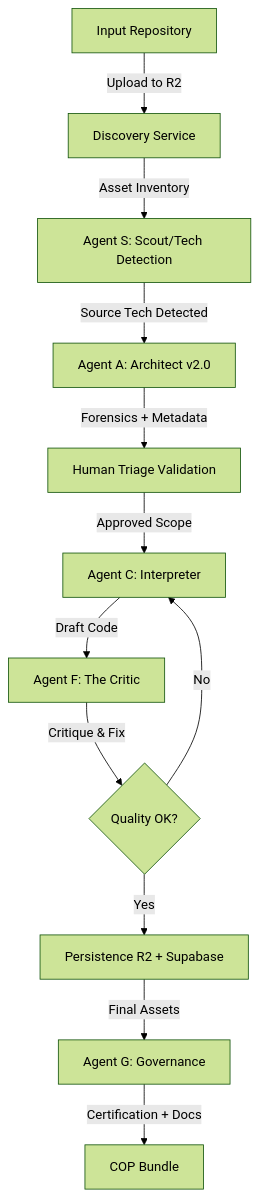
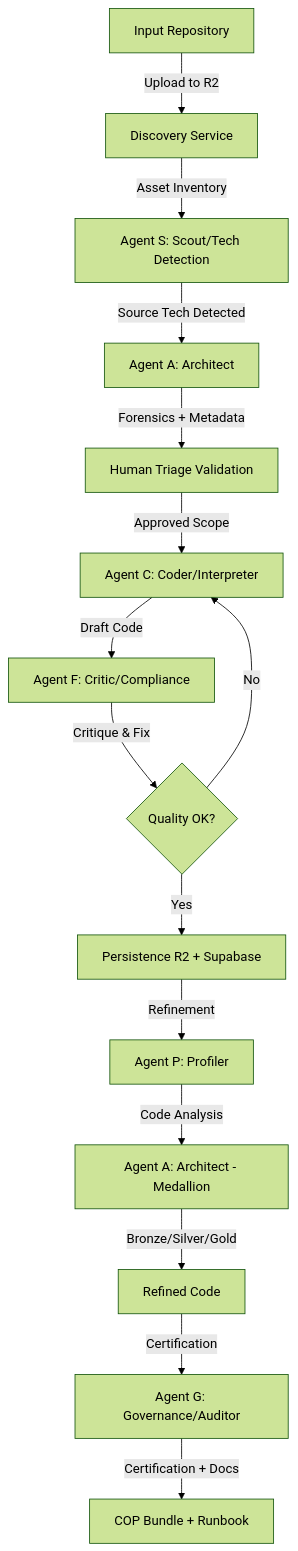
The diagram in docs/technical/system_prompts_and_agents.md (rbugari/Legacy2Lake), drawn with Mermaid (forest theme) before and after one commit. The commit also changed other lines of this file and 472 other files, not shown here.

First line of the commit message:
v4.0 Release: Zero-Hardcode Architecture - Sprint 14 Phase 2 (85% Complete)

````diff
--- a/docs/technical/system_prompts_and_agents.md
+++ b/docs/technical/system_prompts_and_agents.md
@@ -13,14 +13,17 @@
 ```mermaid
 graph TD
     User[Input Repository] -->|Upload to R2| D[Discovery Service]
     D -->|Asset Inventory| S[Agent S: Scout/Tech Detection]
-    S -->|Source Tech Detected| A[Agent A: Architect v2.0]
-    A -->|Forensics + Metadata| B[Human Triage Validation]
-    B -->|Approved Scope| C[Agent C: Interpreter]
-    C -->|Draft Code| F[Agent F: The Critic]
+    S -->|Source Tech Detected| A[Agent A: Architect]
+    A -->|Forensics + Metadata| Triage[Human Triage Validation]
+    Triage -->|Approved Scope| C[Agent C: Coder/Interpreter]
+    C -->|Draft Code| F[Agent F: Critic/Compliance]
     F -->|Critique & Fix| F_Loop{Quality OK?}
-    F_Loop -->|Yes| P[Persistence R2 + Supabase]
+    F_Loop -->|Yes| Persist[Persistence R2 + Supabase]
     F_Loop -->|No| C
-    P -->|Final Assets| G[Agent G: Governance]
-    G -->|Certification + Docs| Output[COP Bundle]
+    Persist -->|Refinement| P[Agent P: Profiler]
+    P -->|Code Analysis| A2[Agent A: Architect - Medallion]
+    A2 -->|Bronze/Silver/Gold| Refined[Refined Code]
+    Refined -->|Certification| G[Agent G: Governance/Auditor]
+    G -->|Certification + Docs| Output[COP Bundle + Runbook]
 ```
````
